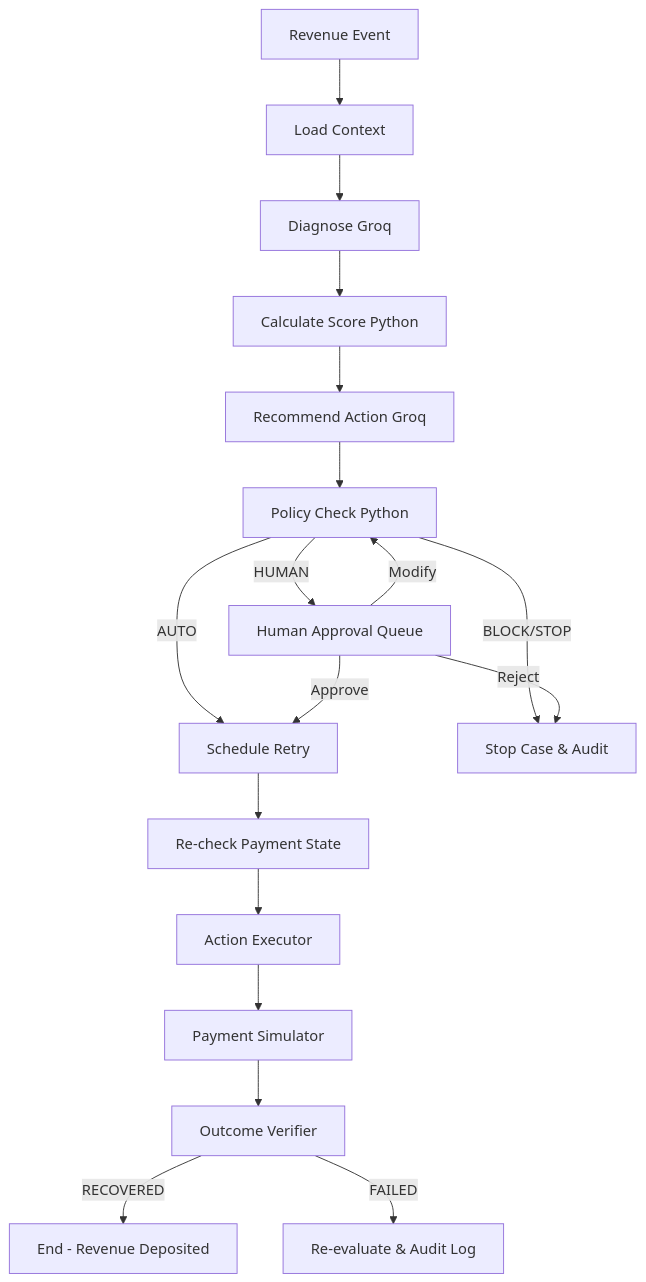
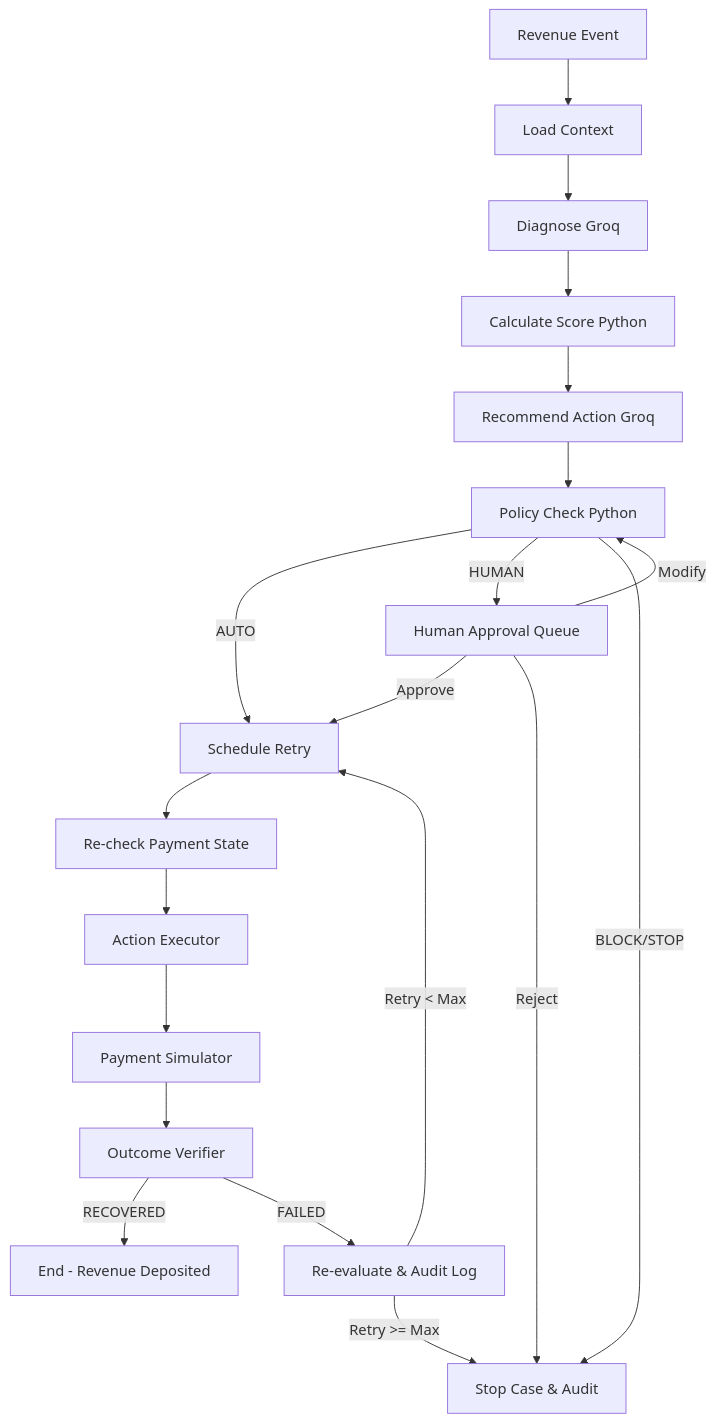
The diagram in backend/README.md (Monishwaran45/RecoveraX-AI-Revenue-Recovery), drawn with Mermaid before and after one commit. The commit also changed other lines of this file and 25 other files, not shown here.

````diff
--- a/backend/README.md
+++ b/backend/README.md
@@ -23,24 +23,26 @@
 ```mermaid
 graph TD
     A[Revenue Event] --> B[Load Context]
     B --> C[Diagnose Groq]
     C --> D[Calculate Score Python]
     D --> E[Recommend Action Groq]
     E --> F[Policy Check Python]
     
     F -->|AUTO| G[Schedule Retry]
     F -->|HUMAN| H[Human Approval Queue]
     F -->|BLOCK/STOP| I[Stop Case & Audit]
     
     H -->|Approve| G
     H -->|Reject| I
     H -->|Modify| F
     
     G --> J[Re-check Payment State]
     J --> K[Action Executor]
     K --> L[Payment Simulator]
     L --> M[Outcome Verifier]
     
     M -->|RECOVERED| N[End - Revenue Deposited]
     M -->|FAILED| O[Re-evaluate & Audit Log]
+    O -->|Retry < Max| G
+    O -->|Retry >= Max| I
 ```
````
